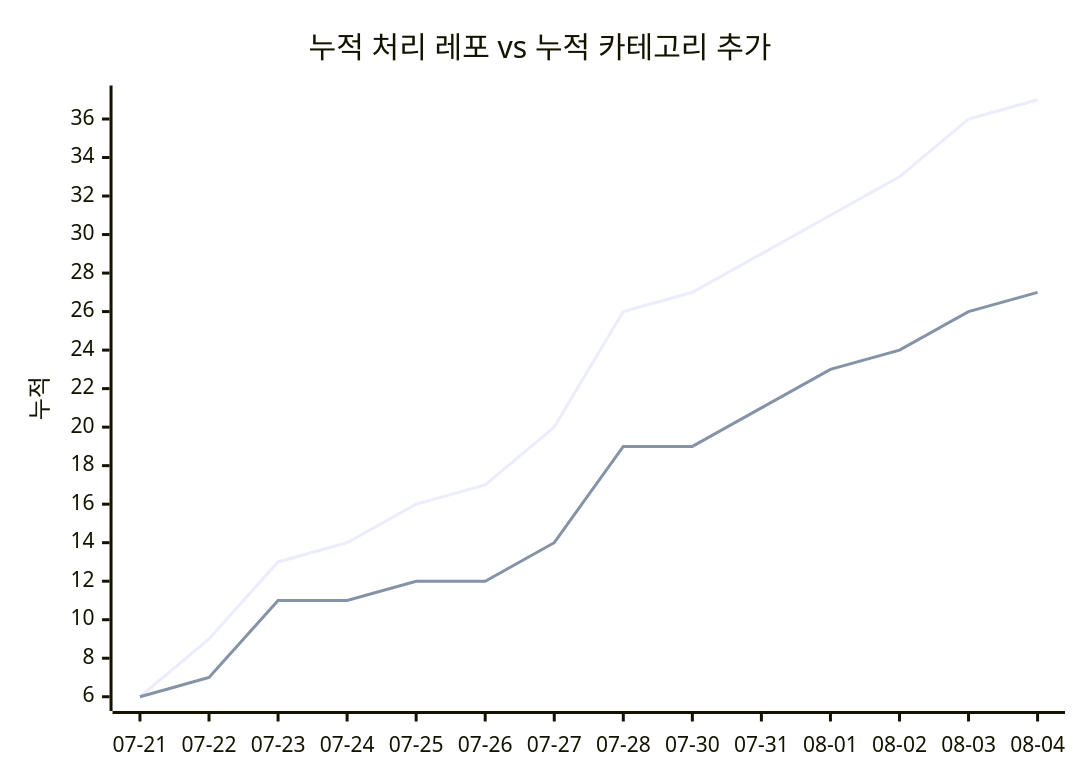
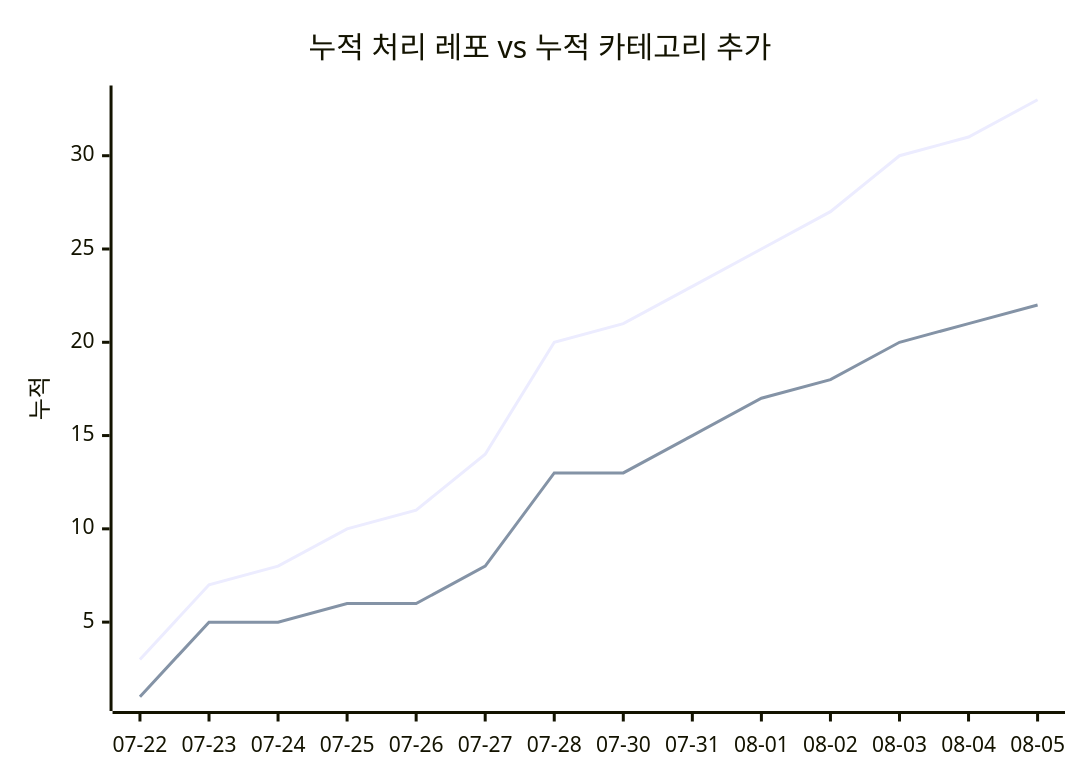
One commit to J-nowcow/awesome-korean-agent-skills changed the second of 2 diagrams in docs/trends.md. Above: the diagram before and after it, drawn with Mermaid. The commit also changed other lines of this file and 3 other files, not shown here.

````diff
--- a/docs/trends.md
+++ b/docs/trends.md
@@ -68,8 +68,8 @@
 ```mermaid
 xychart-beta
     title "누적 처리 레포 vs 누적 카테고리 추가"
-    x-axis ["07-21","07-22","07-23","07-24","07-25","07-26","07-27","07-28","07-30","07-31","08-01","08-02","08-03","08-04"]
+    x-axis ["07-22","07-23","07-24","07-25","07-26","07-27","07-28","07-30","07-31","08-01","08-02","08-03","08-04","08-05"]
     y-axis "누적"
-    line [6,9,13,14,16,17,20,26,27,29,31,33,36,37]
-    line [6,7,11,11,12,12,14,19,19,21,23,24,26,27]
+    line [3,7,8,10,11,14,20,21,23,25,27,30,31,33]
+    line [1,5,5,6,6,8,13,13,15,17,18,20,21,22]
 ```
````
